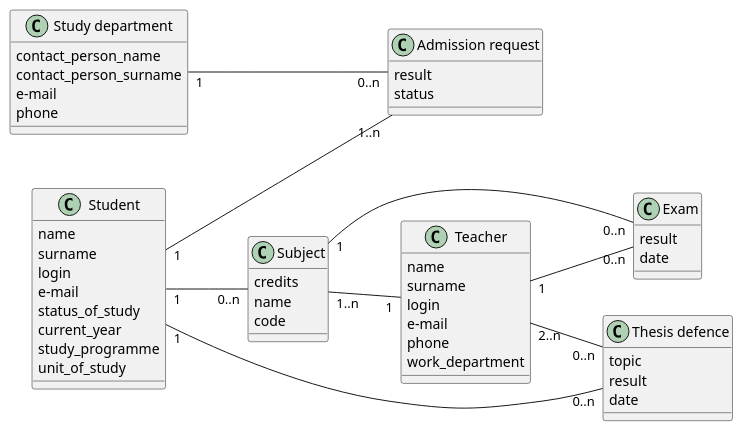
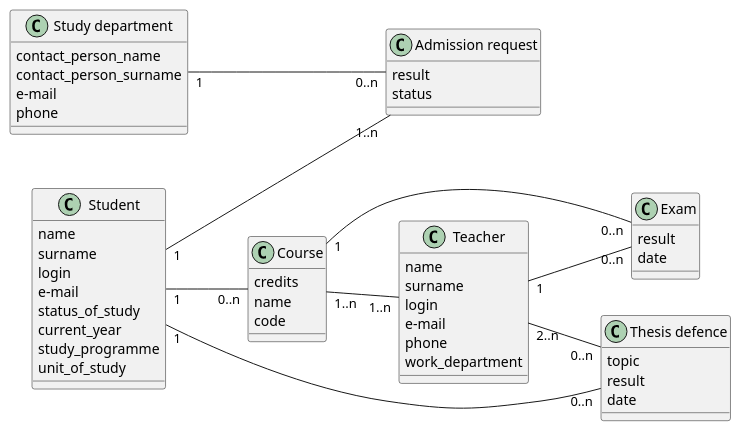
Before and after one commit to luk27official/NSWI041: the fifth of 5 diagrams in requirements.md, drawn with PlantUML. The commit also changed other lines of this file, not shown here.

````diff
--- a/requirements.md
+++ b/requirements.md
@@ -398,69 +398,69 @@
 ```plantuml
 @startuml
 left to right direction
 allowmixing
 
 class "Study department" as Department {
     contact_person_name
     contact_person_surname
     e-mail
     phone
 }
 
 class "Student" as Student {
     name
     surname
     login
     e-mail
     status_of_study
     current_year
     study_programme
     unit_of_study
 }
 
 class "Teacher" as Teacher {
     name
     surname
     login
     e-mail
     phone
     work_department
 }
 
-class "Subject" as Subject {
+class "Course" as Course {
     credits
     name
     code
 }
 
 class "Exam" as Exam {
     result
     date
 }
 
 class "Admission request" as Request {
     result
     status
 }
 
 class "Thesis defence" as Defence {
     topic
     result
     date
 }
 
-Subject "1" -- "0..n" Exam
+Course "1" -- "0..n" Exam
 
 Department "1" --- "0..n" Request
 
 Teacher "1" -- "0..n" Exam
 Teacher "2..n" -- "0..n" Defence
 
-Student "1" -- "0..n" Subject
+Student "1" -- "0..n" Course
 Student "1" --- "1..n" Request
 Student "1" -- "0..n" Defence
 
-Subject "1..n" -- "1" Teacher
+Course "1..n" -- "1..n" Teacher
 
 @enduml
 ```
````
